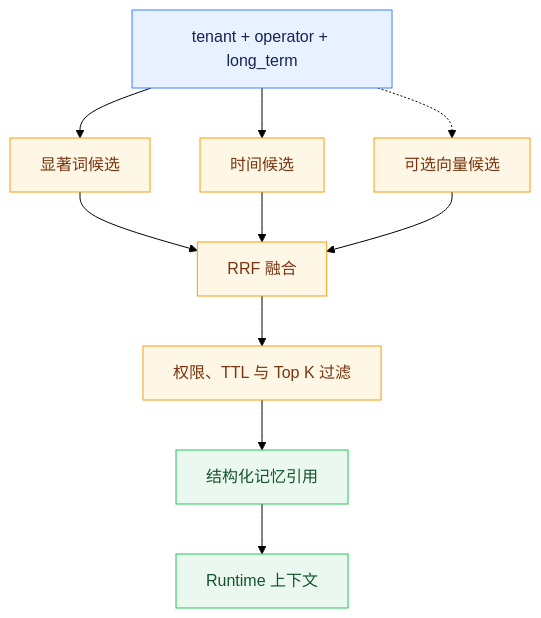
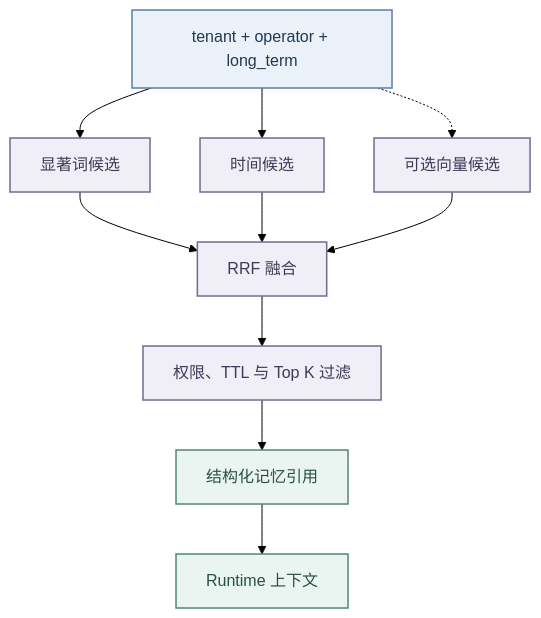
The diagram in agent-doc/核心能力/记忆管理与混合检索.md (Logistic98/job-buddy), drawn with Mermaid (forest theme) before and after one commit. The commit also changed other lines of this file and 32 other files, not shown here.

Commit message:
docs: align engine context and diagram guidance

````diff
--- a/agent-doc/核心能力/记忆管理与混合检索.md
+++ b/agent-doc/核心能力/记忆管理与混合检索.md
@@ -24,19 +35,19 @@
 ```mermaid
 graph TD
     Q["tenant + operator + long_term"] --> C1[显著词候选]
     Q --> C2[时间候选]
     Q -.-> C3[可选向量候选]
     C1 --> R[RRF 融合]
     C2 --> R
     C3 --> R
     R --> F["权限、TTL 与 Top K 过滤"]
     F --> X[结构化记忆引用]
     X --> CTX[Runtime 上下文]
 
-    classDef input fill:#E8F1FF,stroke:#3B82F6,color:#172554;
-    classDef process fill:#FFF7E6,stroke:#F59E0B,color:#78350F;
-    classDef output fill:#EAF8F0,stroke:#22C55E,color:#14532D;
+    classDef input fill:#EAF1F8,stroke:#5B7FA3,color:#213A52,stroke-width:1.5px;
+    classDef process fill:#F0EEF6,stroke:#746A91,color:#403957,stroke-width:1.5px;
+    classDef output fill:#EAF4F1,stroke:#548678,color:#294F47,stroke-width:1.5px;
     class Q input;
     class C1,C2,C3,R,F process;
     class X,CTX output;
 ```
````
